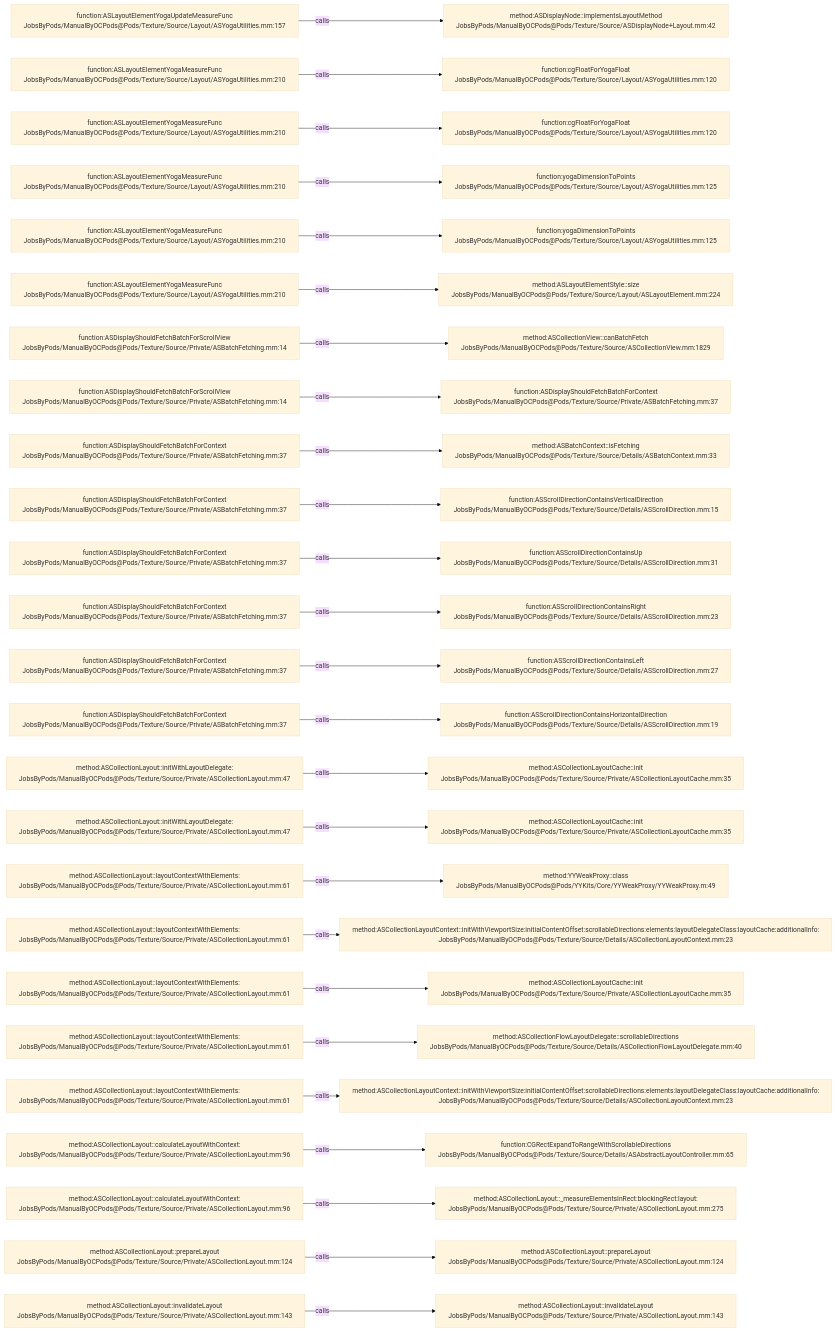
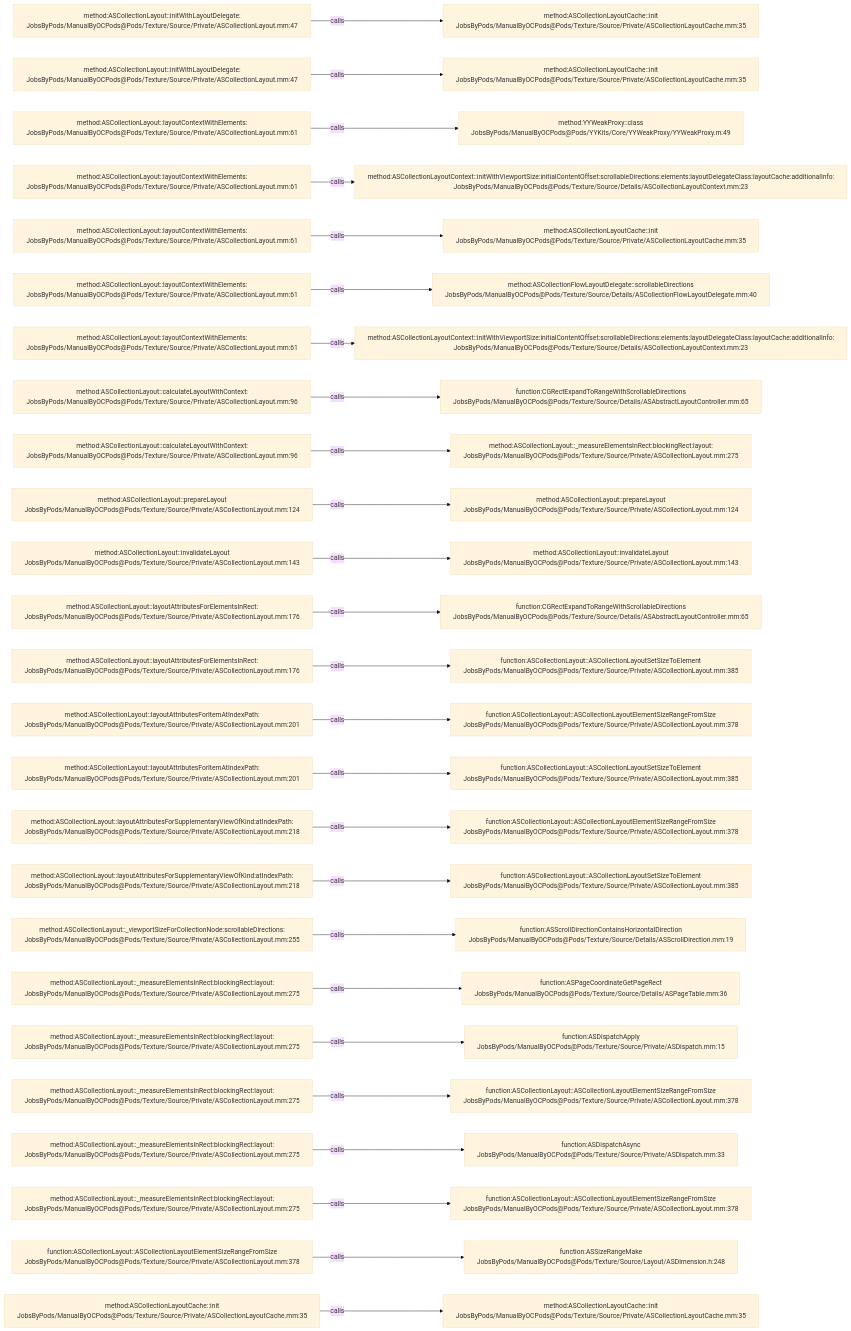
One commit to JobsKits/JobsOCBaseConfigDemo changed the diagram in .codegraph/codegraph.md/graphs/calls-186.md. Above: the diagram before and after it, drawn with Mermaid (base theme). The commit also changed 296 other files, not shown here.

````diff
--- a/.codegraph/codegraph.md/graphs/calls-186.md
+++ b/.codegraph/codegraph.md/graphs/calls-186.md
@@ -13,78 +13,78 @@
 ```mermaid
 flowchart LR
-  S1["function:ASLayoutElementYogaUpdateMeasureFunc<br/>JobsByPods/ManualByOCPods@Pods/Texture/Source/Layout/ASYogaUtilities.mm:157"]
-  T1["method:ASDisplayNode::implementsLayoutMethod<br/>JobsByPods/ManualByOCPods@Pods/Texture/Source/ASDisplayNode+Layout.mm:42"]
+  S1["method:ASCollectionLayout::initWithLayoutDelegate:<br/>JobsByPods/ManualByOCPods@Pods/Texture/Source/Private/ASCollectionLayout.mm:47"]
+  T1["method:ASCollectionLayoutCache::init<br/>JobsByPods/ManualByOCPods@Pods/Texture/Source/Private/ASCollectionLayoutCache.mm:35"]
   S1 -->|calls| T1
-  S2["function:ASLayoutElementYogaMeasureFunc<br/>JobsByPods/ManualByOCPods@Pods/Texture/Source/Layout/ASYogaUtilities.mm:210"]
-  T2["function:cgFloatForYogaFloat<br/>JobsByPods/ManualByOCPods@Pods/Texture/Source/Layout/ASYogaUtilities.mm:120"]
+  S2["method:ASCollectionLayout::initWithLayoutDelegate:<br/>JobsByPods/ManualByOCPods@Pods/Texture/Source/Private/ASCollectionLayout.mm:47"]
+  T2["method:ASCollectionLayoutCache::init<br/>JobsByPods/ManualByOCPods@Pods/Texture/Source/Private/ASCollectionLayoutCache.mm:35"]
   S2 -->|calls| T2
-  S3["function:ASLayoutElementYogaMeasureFunc<br/>JobsByPods/ManualByOCPods@Pods/Texture/Source/Layout/ASYogaUtilities.mm:210"]
-  T3["function:cgFloatForYogaFloat<br/>JobsByPods/ManualByOCPods@Pods/Texture/Source/Layout/ASYogaUtilities.mm:120"]
+  S3["method:ASCollectionLayout::layoutContextWithElements:<br/>JobsByPods/ManualByOCPods@Pods/Texture/Source/Private/ASCollectionLayout.mm:61"]
+  T3["method:YYWeakProxy::class<br/>JobsByPods/ManualByOCPods@Pods/YYKits/Core/YYWeakProxy/YYWeakProxy.m:49"]
   S3 -->|calls| T3
-  S4["function:ASLayoutElementYogaMeasureFunc<br/>JobsByPods/ManualByOCPods@Pods/Texture/Source/Layout/ASYogaUtilities.mm:210"]
-  T4["function:yogaDimensionToPoints<br/>JobsByPods/ManualByOCPods@Pods/Texture/Source/Layout/ASYogaUtilities.mm:125"]
+  S4["method:ASCollectionLayout::layoutContextWithElements:<br/>JobsByPods/ManualByOCPods@Pods/Texture/Source/Private/ASCollectionLayout.mm:61"]
+  T4["method:ASCollectionLayoutContext::initWithViewportSize:initialContentOffset:scrollableDirections:elements:layoutDelegateClass:layoutCache:additionalInfo:<br/>JobsByPods/ManualByOCPods@Pods/Texture/Source/Details/ASCollectionLayoutContext.mm:23"]
   S4 -->|calls| T4
-  S5["function:ASLayoutElementYogaMeasureFunc<br/>JobsByPods/ManualByOCPods@Pods/Texture/Source/Layout/ASYogaUtilities.mm:210"]
-  T5["function:yogaDimensionToPoints<br/>JobsByPods/ManualByOCPods@Pods/Texture/Source/Layout/ASYogaUtilities.mm:125"]
+  S5["method:ASCollectionLayout::layoutContextWithElements:<br/>JobsByPods/ManualByOCPods@Pods/Texture/Source/Private/ASCollectionLayout.mm:61"]
+  T5["method:ASCollectionLayoutCache::init<br/>JobsByPods/ManualByOCPods@Pods/Texture/Source/Private/ASCollectionLayoutCache.mm:35"]
   S5 -->|calls| T5
-  S6["function:ASLayoutElementYogaMeasureFunc<br/>JobsByPods/ManualByOCPods@Pods/Texture/Source/Layout/ASYogaUtilities.mm:210"]
-  T6["method:ASLayoutElementStyle::size<br/>JobsByPods/ManualByOCPods@Pods/Texture/Source/Layout/ASLayoutElement.mm:224"]
+  S6["method:ASCollectionLayout::layoutContextWithElements:<br/>JobsByPods/ManualByOCPods@Pods/Texture/Source/Private/ASCollectionLayout.mm:61"]
+  T6["method:ASCollectionFlowLayoutDelegate::scrollableDirections<br/>JobsByPods/ManualByOCPods@Pods/Texture/Source/Details/ASCollectionFlowLayoutDelegate.mm:40"]
   S6 -->|calls| T6
-  S7["function:ASDisplayShouldFetchBatchForScrollView<br/>JobsByPods/ManualByOCPods@Pods/Texture/Source/Private/ASBatchFetching.mm:14"]
-  T7["method:ASCollectionView::canBatchFetch<br/>JobsByPods/ManualByOCPods@Pods/Texture/Source/ASCollectionView.mm:1829"]
+  S7["method:ASCollectionLayout::layoutContextWithElements:<br/>JobsByPods/ManualByOCPods@Pods/Texture/Source/Private/ASCollectionLayout.mm:61"]
+  T7["method:ASCollectionLayoutContext::initWithViewportSize:initialContentOffset:scrollableDirections:elements:layoutDelegateClass:layoutCache:additionalInfo:<br/>JobsByPods/ManualByOCPods@Pods/Texture/Source/Details/ASCollectionLayoutContext.mm:23"]
   S7 -->|calls| T7
-  S8["function:ASDisplayShouldFetchBatchForScrollView<br/>JobsByPods/ManualByOCPods@Pods/Texture/Source/Private/ASBatchFetching.mm:14"]
-  T8["function:ASDisplayShouldFetchBatchForContext<br/>JobsByPods/ManualByOCPods@Pods/Texture/Source/Private/ASBatchFetching.mm:37"]
+  S8["method:ASCollectionLayout::calculateLayoutWithContext:<br/>JobsByPods/ManualByOCPods@Pods/Texture/Source/Private/ASCollectionLayout.mm:96"]
+  T8["function:CGRectExpandToRangeWithScrollableDirections<br/>JobsByPods/ManualByOCPods@Pods/Texture/Source/Details/ASAbstractLayoutController.mm:65"]
   S8 -->|calls| T8
-  S9["function:ASDisplayShouldFetchBatchForContext<br/>JobsByPods/ManualByOCPods@Pods/Texture/Source/Private/ASBatchFetching.mm:37"]
-  T9["method:ASBatchContext::isFetching<br/>JobsByPods/ManualByOCPods@Pods/Texture/Source/Details/ASBatchContext.mm:33"]
+  S9["method:ASCollectionLayout::calculateLayoutWithContext:<br/>JobsByPods/ManualByOCPods@Pods/Texture/Source/Private/ASCollectionLayout.mm:96"]
+  T9["method:ASCollectionLayout::_measureElementsInRect:blockingRect:layout:<br/>JobsByPods/ManualByOCPods@Pods/Texture/Source/Private/ASCollectionLayout.mm:275"]
   S9 -->|calls| T9
-  S10["function:ASDisplayShouldFetchBatchForContext<br/>JobsByPods/ManualByOCPods@Pods/Texture/Source/Private/ASBatchFetching.mm:37"]
-  T10["function:ASScrollDirectionContainsVerticalDirection<br/>JobsByPods/ManualByOCPods@Pods/Texture/Source/Details/ASScrollDirection.mm:15"]
+  S10["method:ASCollectionLayout::prepareLayout<br/>JobsByPods/ManualByOCPods@Pods/Texture/Source/Private/ASCollectionLayout.mm:124"]
+  T10["method:ASCollectionLayout::prepareLayout<br/>JobsByPods/ManualByOCPods@Pods/Texture/Source/Private/ASCollectionLayout.mm:124"]
   S10 -->|calls| T10
-  S11["function:ASDisplayShouldFetchBatchForContext<br/>JobsByPods/ManualByOCPods@Pods/Texture/Source/Private/ASBatchFetching.mm:37"]
-  T11["function:ASScrollDirectionContainsUp<br/>JobsByPods/ManualByOCPods@Pods/Texture/Source/Details/ASScrollDirection.mm:31"]
+  S11["method:ASCollectionLayout::invalidateLayout<br/>JobsByPods/ManualByOCPods@Pods/Texture/Source/Private/ASCollectionLayout.mm:143"]
+  T11["method:ASCollectionLayout::invalidateLayout<br/>JobsByPods/ManualByOCPods@Pods/Texture/Source/Private/ASCollectionLayout.mm:143"]
   S11 -->|calls| T11
-  S12["function:ASDisplayShouldFetchBatchForContext<br/>JobsByPods/ManualByOCPods@Pods/Texture/Source/Private/ASBatchFetching.mm:37"]
-  T12["function:ASScrollDirectionContainsRight<br/>JobsByPods/ManualByOCPods@Pods/Texture/Source/Details/ASScrollDirection.mm:23"]
+  S12["method:ASCollectionLayout::layoutAttributesForElementsInRect:<br/>JobsByPods/ManualByOCPods@Pods/Texture/Source/Private/ASCollectionLayout.mm:176"]
+  T12["function:CGRectExpandToRangeWithScrollableDirections<br/>JobsByPods/ManualByOCPods@Pods/Texture/Source/Details/ASAbstractLayoutController.mm:65"]
   S12 -->|calls| T12
-  S13["function:ASDisplayShouldFetchBatchForContext<br/>JobsByPods/ManualByOCPods@Pods/Texture/Source/Private/ASBatchFetching.mm:37"]
-  T13["function:ASScrollDirectionContainsLeft<br/>JobsByPods/ManualByOCPods@Pods/Texture/Source/Details/ASScrollDirection.mm:27"]
+  S13["method:ASCollectionLayout::layoutAttributesForElementsInRect:<br/>JobsByPods/ManualByOCPods@Pods/Texture/Source/Private/ASCollectionLayout.mm:176"]
+  T13["function:ASCollectionLayout::ASCollectionLayoutSetSizeToElement<br/>JobsByPods/ManualByOCPods@Pods/Texture/Source/Private/ASCollectionLayout.mm:385"]
   S13 -->|calls| T13
-  S14["function:ASDisplayShouldFetchBatchForContext<br/>JobsByPods/ManualByOCPods@Pods/Texture/Source/Private/ASBatchFetching.mm:37"]
-  T14["function:ASScrollDirectionContainsHorizontalDirection<br/>JobsByPods/ManualByOCPods@Pods/Texture/Source/Details/ASScrollDirection.mm:19"]
+  S14["method:ASCollectionLayout::layoutAttributesForItemAtIndexPath:<br/>JobsByPods/ManualByOCPods@Pods/Texture/Source/Private/ASCollectionLayout.mm:201"]
+  T14["function:ASCollectionLayout::ASCollectionLayoutElementSizeRangeFromSize<br/>JobsByPods/ManualByOCPods@Pods/Texture/Source/Private/ASCollectionLayout.mm:378"]
   S14 -->|calls| T14
-  S15["method:ASCollectionLayout::initWithLayoutDelegate:<br/>JobsByPods/ManualByOCPods@Pods/Texture/Source/Private/ASCollectionLayout.mm:47"]
-  T15["method:ASCollectionLayoutCache::init<br/>JobsByPods/ManualByOCPods@Pods/Texture/Source/Private/ASCollectionLayoutCache.mm:35"]
+  S15["method:ASCollectionLayout::layoutAttributesForItemAtIndexPath:<br/>JobsByPods/ManualByOCPods@Pods/Texture/Source/Private/ASCollectionLayout.mm:201"]
+  T15["function:ASCollectionLayout::ASCollectionLayoutSetSizeToElement<br/>JobsByPods/ManualByOCPods@Pods/Texture/Source/Private/ASCollectionLayout.mm:385"]
   S15 -->|calls| T15
-  S16["method:ASCollectionLayout::initWithLayoutDelegate:<br/>JobsByPods/ManualByOCPods@Pods/Texture/Source/Private/ASCollectionLayout.mm:47"]
-  T16["method:ASCollectionLayoutCache::init<br/>JobsByPods/ManualByOCPods@Pods/Texture/Source/Private/ASCollectionLayoutCache.mm:35"]
+  S16["method:ASCollectionLayout::layoutAttributesForSupplementaryViewOfKind:atIndexPath:<br/>JobsByPods/ManualByOCPods@Pods/Texture/Source/Private/ASCollectionLayout.mm:218"]
+  T16["function:ASCollectionLayout::ASCollectionLayoutElementSizeRangeFromSize<br/>JobsByPods/ManualByOCPods@Pods/Texture/Source/Private/ASCollectionLayout.mm:378"]
   S16 -->|calls| T16
-  S17["method:ASCollectionLayout::layoutContextWithElements:<br/>JobsByPods/ManualByOCPods@Pods/Texture/Source/Private/ASCollectionLayout.mm:61"]
-  T17["method:YYWeakProxy::class<br/>JobsByPods/ManualByOCPods@Pods/YYKits/Core/YYWeakProxy/YYWeakProxy.m:49"]
+  S17["method:ASCollectionLayout::layoutAttributesForSupplementaryViewOfKind:atIndexPath:<br/>JobsByPods/ManualByOCPods@Pods/Texture/Source/Private/ASCollectionLayout.mm:218"]
+  T17["function:ASCollectionLayout::ASCollectionLayoutSetSizeToElement<br/>JobsByPods/ManualByOCPods@Pods/Texture/Source/Private/ASCollectionLayout.mm:385"]
   S17 -->|calls| T17
-  S18["method:ASCollectionLayout::layoutContextWithElements:<br/>JobsByPods/ManualByOCPods@Pods/Texture/Source/Private/ASCollectionLayout.mm:61"]
-  T18["method:ASCollectionLayoutContext::initWithViewportSize:initialContentOffset:scrollableDirections:elements:layoutDelegateClass:layoutCache:additionalInfo:<br/>JobsByPods/ManualByOCPods@Pods/Texture/Source/Details/ASCollectionLayoutContext.mm:23"]
+  S18["method:ASCollectionLayout::_viewportSizeForCollectionNode:scrollableDirections:<br/>JobsByPods/ManualByOCPods@Pods/Texture/Source/Private/ASCollectionLayout.mm:255"]
+  T18["function:ASScrollDirectionContainsHorizontalDirection<br/>JobsByPods/ManualByOCPods@Pods/Texture/Source/Details/ASScrollDirection.mm:19"]
   S18 -->|calls| T18
-  S19["method:ASCollectionLayout::layoutContextWithElements:<br/>JobsByPods/ManualByOCPods@Pods/Texture/Source/Private/ASCollectionLayout.mm:61"]
-  T19["method:ASCollectionLayoutCache::init<br/>JobsByPods/ManualByOCPods@Pods/Texture/Source/Private/ASCollectionLayoutCache.mm:35"]
+  S19["method:ASCollectionLayout::_measureElementsInRect:blockingRect:layout:<br/>JobsByPods/ManualByOCPods@Pods/Texture/Source/Private/ASCollectionLayout.mm:275"]
+  T19["function:ASPageCoordinateGetPageRect<br/>JobsByPods/ManualByOCPods@Pods/Texture/Source/Details/ASPageTable.mm:36"]
   S19 -->|calls| T19
-  S20["method:ASCollectionLayout::layoutContextWithElements:<br/>JobsByPods/ManualByOCPods@Pods/Texture/Source/Private/ASCollectionLayout.mm:61"]
-  T20["method:ASCollectionFlowLayoutDelegate::scrollableDirections<br/>JobsByPods/ManualByOCPods@Pods/Texture/Source/Details/ASCollectionFlowLayoutDelegate.mm:40"]
+  S20["method:ASCollectionLayout::_measureElementsInRect:blockingRect:layout:<br/>JobsByPods/ManualByOCPods@Pods/Texture/Source/Private/ASCollectionLayout.mm:275"]
+  T20["function:ASDispatchApply<br/>JobsByPods/ManualByOCPods@Pods/Texture/Source/Private/ASDispatch.mm:15"]
   S20 -->|calls| T20
-  S21["method:ASCollectionLayout::layoutContextWithElements:<br/>JobsByPods/ManualByOCPods@Pods/Texture/Source/Private/ASCollectionLayout.mm:61"]
-  T21["method:ASCollectionLayoutContext::initWithViewportSize:initialContentOffset:scrollableDirections:elements:layoutDelegateClass:layoutCache:additionalInfo:<br/>JobsByPods/ManualByOCPods@Pods/Texture/Source/Details/ASCollectionLayoutContext.mm:23"]
+  S21["method:ASCollectionLayout::_measureElementsInRect:blockingRect:layout:<br/>JobsByPods/ManualByOCPods@Pods/Texture/Source/Private/ASCollectionLayout.mm:275"]
+  T21["function:ASCollectionLayout::ASCollectionLayoutElementSizeRangeFromSize<br/>JobsByPods/ManualByOCPods@Pods/Texture/Source/Private/ASCollectionLayout.mm:378"]
   S21 -->|calls| T21
-  S22["method:ASCollectionLayout::calculateLayoutWithContext:<br/>JobsByPods/ManualByOCPods@Pods/Texture/Source/Private/ASCollectionLayout.mm:96"]
-  T22["function:CGRectExpandToRangeWithScrollableDirections<br/>JobsByPods/ManualByOCPods@Pods/Texture/Source/Details/ASAbstractLayoutController.mm:65"]
+  S22["method:ASCollectionLayout::_measureElementsInRect:blockingRect:layout:<br/>JobsByPods/ManualByOCPods@Pods/Texture/Source/Private/ASCollectionLayout.mm:275"]
+  T22["function:ASDispatchAsync<br/>JobsByPods/ManualByOCPods@Pods/Texture/Source/Private/ASDispatch.mm:33"]
   S22 -->|calls| T22
-  S23["method:ASCollectionLayout::calculateLayoutWithContext:<br/>JobsByPods/ManualByOCPods@Pods/Texture/Source/Private/ASCollectionLayout.mm:96"]
-  T23["method:ASCollectionLayout::_measureElementsInRect:blockingRect:layout:<br/>JobsByPods/ManualByOCPods@Pods/Texture/Source/Private/ASCollectionLayout.mm:275"]
+  S23["method:ASCollectionLayout::_measureElementsInRect:blockingRect:layout:<br/>JobsByPods/ManualByOCPods@Pods/Texture/Source/Private/ASCollectionLayout.mm:275"]
+  T23["function:ASCollectionLayout::ASCollectionLayoutElementSizeRangeFromSize<br/>JobsByPods/ManualByOCPods@Pods/Texture/Source/Private/ASCollectionLayout.mm:378"]
   S23 -->|calls| T23
-  S24["method:ASCollectionLayout::prepareLayout<br/>JobsByPods/ManualByOCPods@Pods/Texture/Source/Private/ASCollectionLayout.mm:124"]
-  T24["method:ASCollectionLayout::prepareLayout<br/>JobsByPods/ManualByOCPods@Pods/Texture/Source/Private/ASCollectionLayout.mm:124"]
+  S24["function:ASCollectionLayout::ASCollectionLayoutElementSizeRangeFromSize<br/>JobsByPods/ManualByOCPods@Pods/Texture/Source/Private/ASCollectionLayout.mm:378"]
+  T24["function:ASSizeRangeMake<br/>JobsByPods/ManualByOCPods@Pods/Texture/Source/Layout/ASDimension.h:248"]
   S24 -->|calls| T24
-  S25["method:ASCollectionLayout::invalidateLayout<br/>JobsByPods/ManualByOCPods@Pods/Texture/Source/Private/ASCollectionLayout.mm:143"]
-  T25["method:ASCollectionLayout::invalidateLayout<br/>JobsByPods/ManualByOCPods@Pods/Texture/Source/Private/ASCollectionLayout.mm:143"]
+  S25["method:ASCollectionLayoutCache::init<br/>JobsByPods/ManualByOCPods@Pods/Texture/Source/Private/ASCollectionLayoutCache.mm:35"]
+  T25["method:ASCollectionLayoutCache::init<br/>JobsByPods/ManualByOCPods@Pods/Texture/Source/Private/ASCollectionLayoutCache.mm:35"]
   S25 -->|calls| T25
 ```
````
